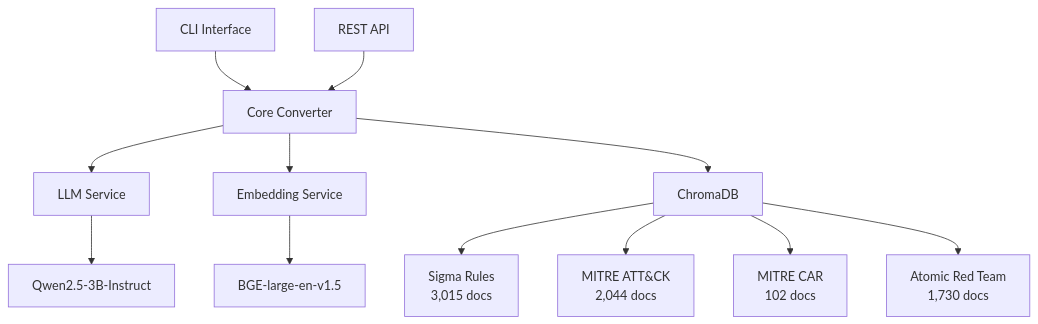
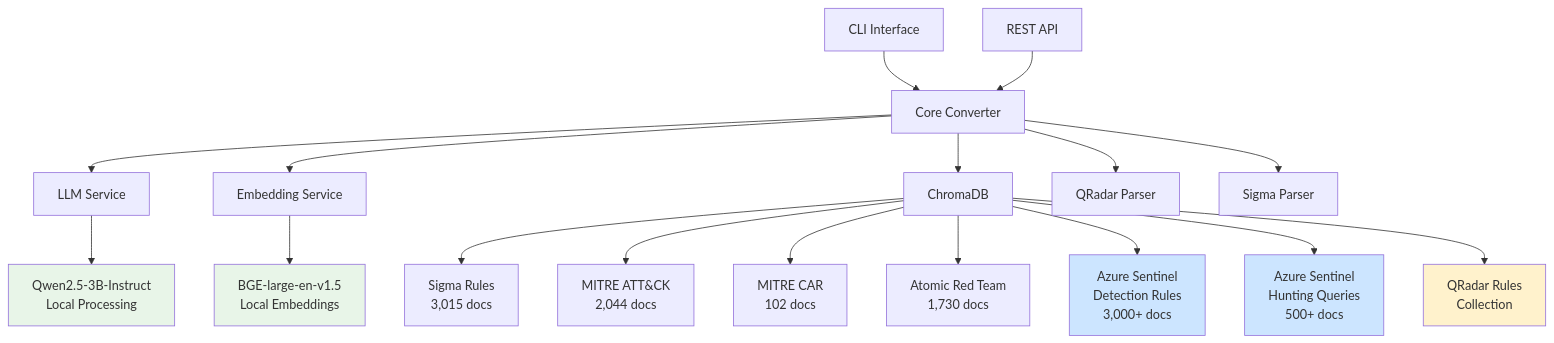
One commit to dierhq/canonical changed the diagram in README.md. Above: the diagram before and after it, drawn with Mermaid. The commit also changed other lines of this file, not shown here.

````diff
--- a/README.md
+++ b/README.md
@@ -159,16 +240,27 @@
 ```mermaid
 graph TB
     A[CLI Interface] --> B[Core Converter]
     C[REST API] --> B
     B --> D[LLM Service]
     B --> E[Embedding Service]
     B --> F[ChromaDB]
+    B --> N[QRadar Parser]
+    B --> O[Sigma Parser]
     
     F --> G[Sigma Rules<br/>3,015 docs]
     F --> H[MITRE ATT&CK<br/>2,044 docs]
     F --> I[MITRE CAR<br/>102 docs]
     F --> J[Atomic Red Team<br/>1,730 docs]
+    F --> P[Azure Sentinel<br/>Detection Rules<br/>3,000+ docs]
+    F --> Q[Azure Sentinel<br/>Hunting Queries<br/>500+ docs]
+    F --> R[QRadar Rules<br/>Collection]
     
-    D --> K[Qwen2.5-3B-Instruct]
-    E --> L[BGE-large-en-v1.5]
+    D --> K[Qwen2.5-3B-Instruct<br/>Local Processing]
+    E --> L[BGE-large-en-v1.5<br/>Local Embeddings]
+    
+    style K fill:#e8f5e8
+    style L fill:#e8f5e8
+    style P fill:#cce5ff
+    style Q fill:#cce5ff
+    style R fill:#fff2cc
 ```
````
